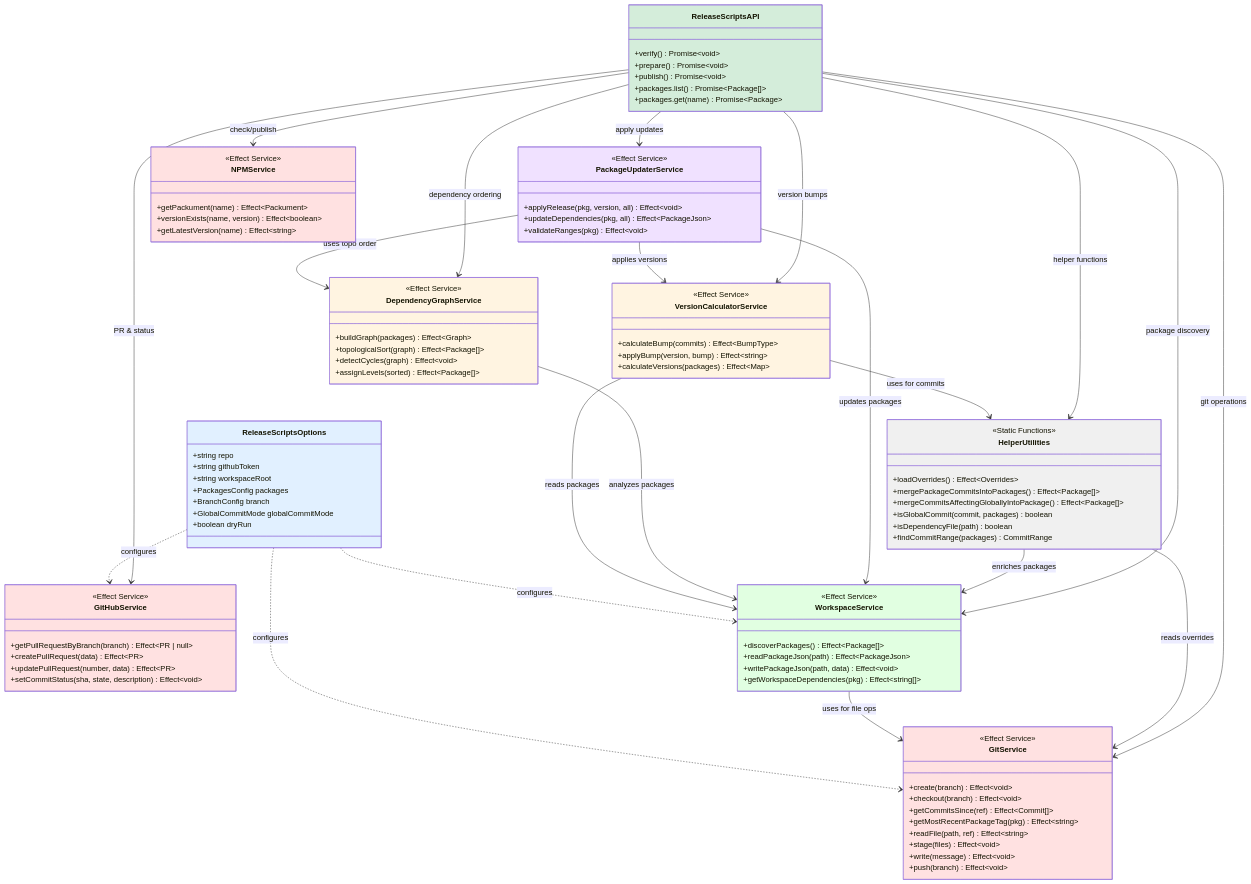
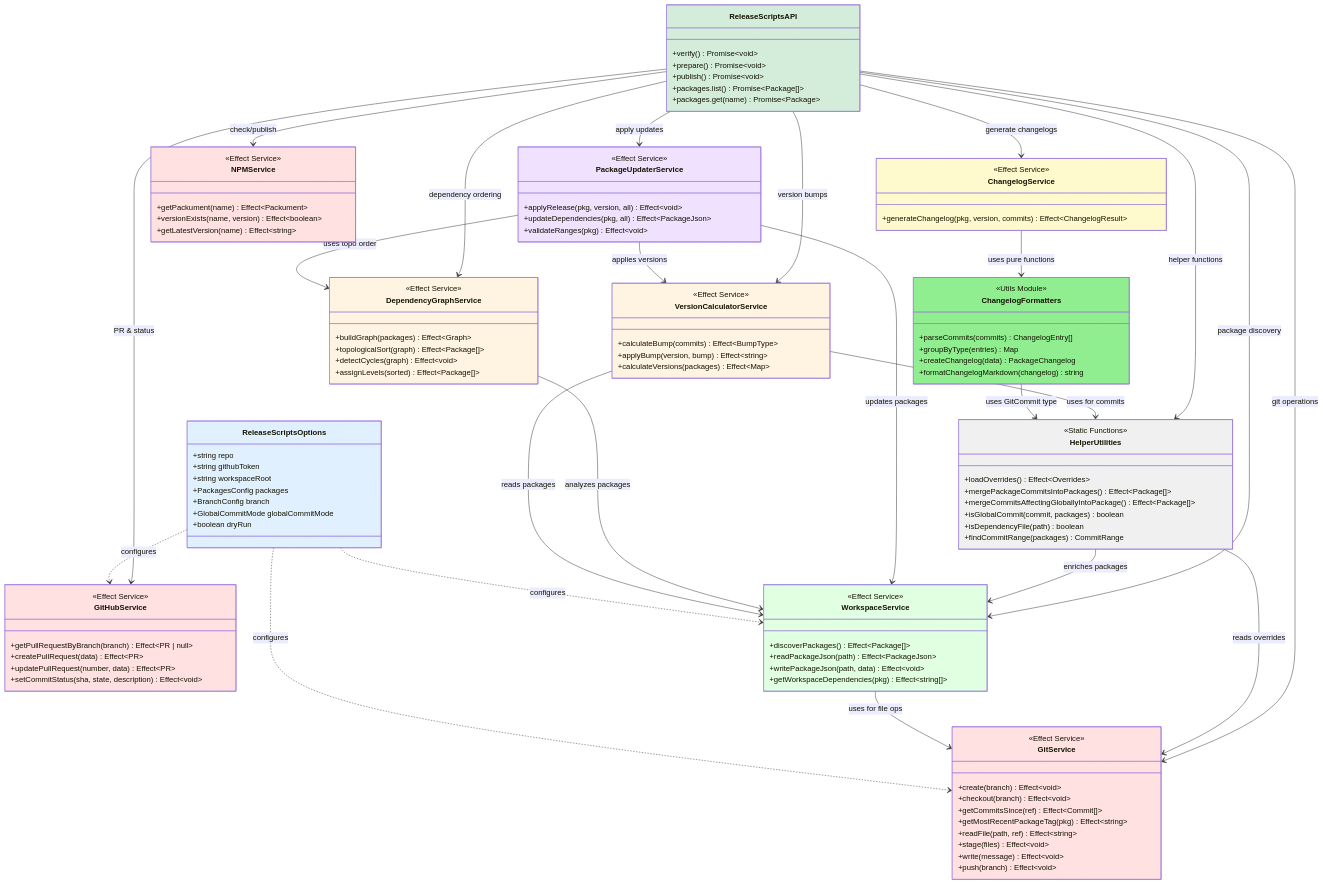
One commit to ucdjs/release-scripts changed the diagram in docs/diagrams/service-dependency-graph.mmd. Above: the diagram before and after it, drawn with Mermaid. The commit also changed 7 other files, not shown here.

```diff
--- a/docs/diagrams/service-dependency-graph.mmd
+++ b/docs/diagrams/service-dependency-graph.mmd
@@ -1,125 +1,145 @@
 classDiagram
     class ReleaseScriptsOptions {
         +string repo
         +string githubToken
         +string workspaceRoot
         +PackagesConfig packages
         +BranchConfig branch
         +GlobalCommitMode globalCommitMode
         +boolean dryRun
     }
 
     class ReleaseScriptsAPI {
         +verify() Promise~void~
         +prepare() Promise~void~
         +publish() Promise~void~
         +packages.list() Promise~Package[]~
         +packages.get(name) Promise~Package~
     }
 
     class GitService {
         <<Effect Service>>
         +create(branch) Effect~void~
         +checkout(branch) Effect~void~
         +getCommitsSince(ref) Effect~Commit[]~
         +getMostRecentPackageTag(pkg) Effect~string~
         +readFile(path, ref) Effect~string~
         +stage(files) Effect~void~
         +write(message) Effect~void~
         +push(branch) Effect~void~
     }
 
     class GitHubService {
         <<Effect Service>>
         +getPullRequestByBranch(branch) Effect~PR | null~
         +createPullRequest(data) Effect~PR~
         +updatePullRequest(number, data) Effect~PR~
         +setCommitStatus(sha, state, description) Effect~void~
     }
 
     class WorkspaceService {
         <<Effect Service>>
         +discoverPackages() Effect~Package[]~
         +readPackageJson(path) Effect~PackageJson~
         +writePackageJson(path, data) Effect~void~
         +getWorkspaceDependencies(pkg) Effect~string[]~
     }
 
     class VersionCalculatorService {
         <<Effect Service>>
         +calculateBump(commits) Effect~BumpType~
         +applyBump(version, bump) Effect~string~
         +calculateVersions(packages) Effect~Map~
     }
 
     class DependencyGraphService {
         <<Effect Service>>
         +buildGraph(packages) Effect~Graph~
         +topologicalSort(graph) Effect~Package[]~
         +detectCycles(graph) Effect~void~
         +assignLevels(sorted) Effect~Package[]~
     }
 
     class PackageUpdaterService {
         <<Effect Service>>
         +applyRelease(pkg, version, all) Effect~void~
         +updateDependencies(pkg, all) Effect~PackageJson~
         +validateRanges(pkg) Effect~void~
     }
 
     class NPMService {
         <<Effect Service>>
         +getPackument(name) Effect~Packument~
         +versionExists(name, version) Effect~boolean~
         +getLatestVersion(name) Effect~string~
     }
 
+    class ChangelogService {
+        <<Effect Service>>
+        +generateChangelog(pkg, version, commits) Effect~ChangelogResult~
+    }
+
+    class ChangelogFormatters {
+        <<Utils Module>>
+        +parseCommits(commits) ChangelogEntry[]
+        +groupByType(entries) Map
+        +createChangelog(data) PackageChangelog
+        +formatChangelogMarkdown(changelog) string
+    }
+
     class HelperUtilities {
         <<Static Functions>>
         +loadOverrides() Effect~Overrides~
         +mergePackageCommitsIntoPackages() Effect~Package[]~
         +mergeCommitsAffectingGloballyIntoPackage() Effect~Package[]~
         +isGlobalCommit(commit, packages) boolean
         +isDependencyFile(path) boolean
         +findCommitRange(packages) CommitRange
     }
 
     %% Configuration flows into services
     ReleaseScriptsOptions ..> GitService : configures
     ReleaseScriptsOptions ..> GitHubService : configures
     ReleaseScriptsOptions ..> WorkspaceService : configures
 
     %% Service dependencies
     WorkspaceService --> GitService : uses for file ops
     VersionCalculatorService --> WorkspaceService : reads packages
     DependencyGraphService --> WorkspaceService : analyzes packages
     PackageUpdaterService --> WorkspaceService : updates packages
     PackageUpdaterService --> VersionCalculatorService : applies versions
     PackageUpdaterService --> DependencyGraphService : uses topo order
 
+    %% Changelog service dependencies
+    ChangelogService --> ChangelogFormatters : uses pure functions
+    ChangelogFormatters --> HelperUtilities : uses GitCommit type
+
     %% Helper utilities
     HelperUtilities --> GitService : reads overrides
     HelperUtilities --> WorkspaceService : enriches packages
     VersionCalculatorService --> HelperUtilities : uses for commits
 
     %% API uses services
     ReleaseScriptsAPI --> GitService : git operations
     ReleaseScriptsAPI --> GitHubService : PR & status
     ReleaseScriptsAPI --> WorkspaceService : package discovery
     ReleaseScriptsAPI --> VersionCalculatorService : version bumps
     ReleaseScriptsAPI --> DependencyGraphService : dependency ordering
     ReleaseScriptsAPI --> PackageUpdaterService : apply updates
+    ReleaseScriptsAPI --> ChangelogService : generate changelogs
     ReleaseScriptsAPI --> NPMService : check/publish
     ReleaseScriptsAPI --> HelperUtilities : helper functions
 
     %% Styling
     style GitService fill:#ffe1e1
     style GitHubService fill:#ffe1e1
     style NPMService fill:#ffe1e1
     style WorkspaceService fill:#e1ffe1
     style VersionCalculatorService fill:#fff4e1
     style DependencyGraphService fill:#fff4e1
     style PackageUpdaterService fill:#f0e1ff
+    style ChangelogService fill:#fffacd
+    style ChangelogFormatters fill:#90ee90
     style HelperUtilities fill:#f0f0f0
     style ReleaseScriptsOptions fill:#e1f0ff
     style ReleaseScriptsAPI fill:#d4edda
```
